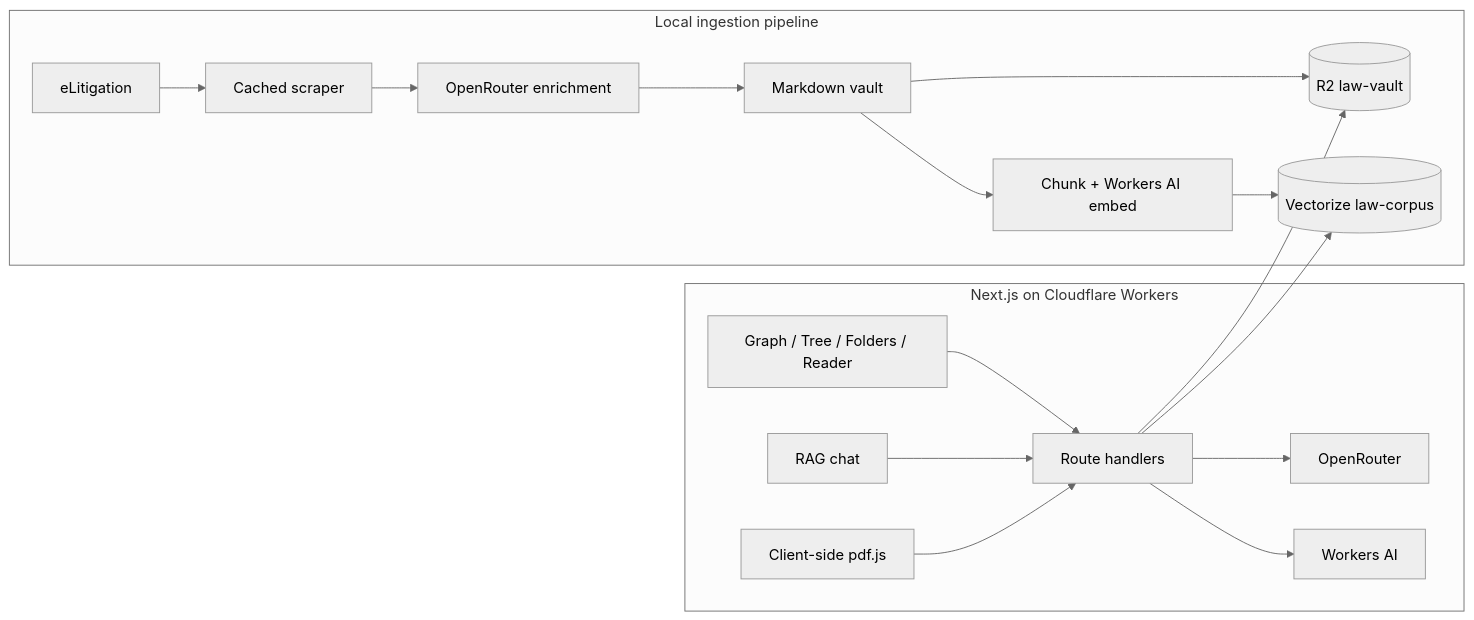
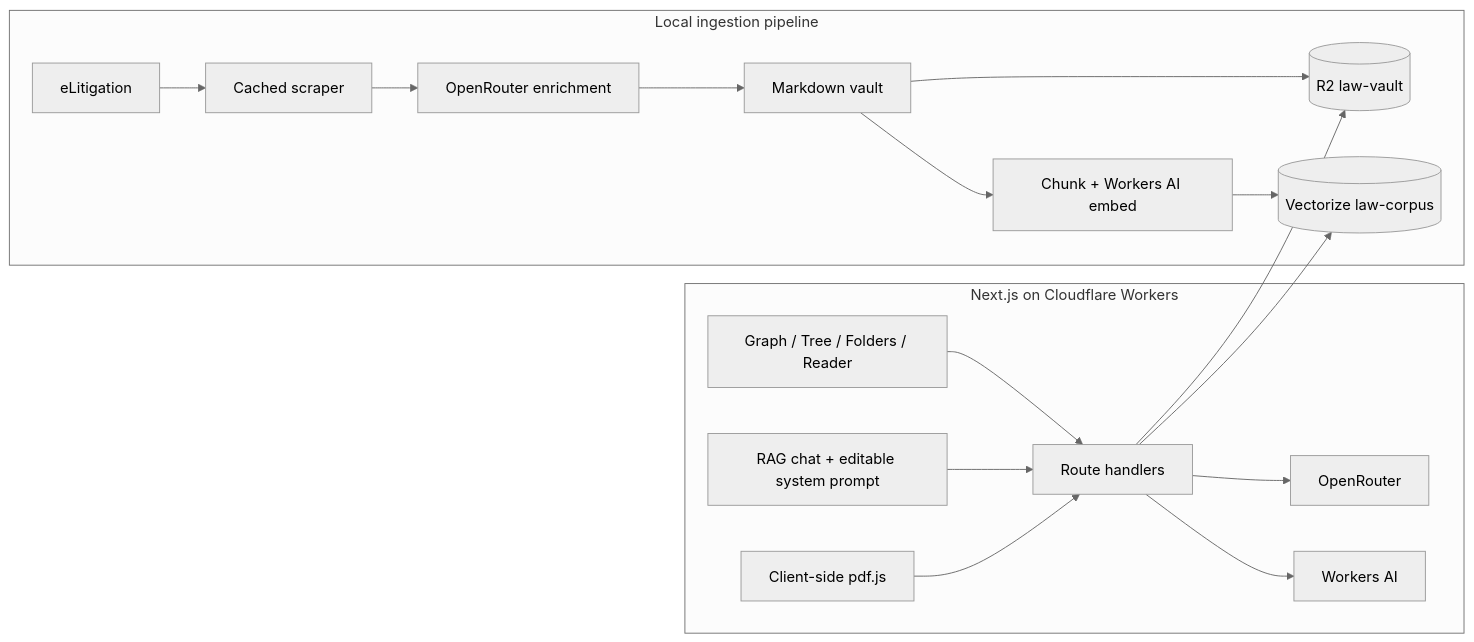
Before and after one commit to EdmundLimBoEn/ONE-AI-Hackathon: the diagram in README.md, drawn with Mermaid (neutral theme). The commit also changed other lines of this file and 28 other files, not shown here.

````diff
--- a/README.md
+++ b/README.md
@@ -20,20 +36,20 @@
 ```mermaid
 flowchart LR
   subgraph pipeline [Local ingestion pipeline]
     E[eLitigation] --> S[Cached scraper]
     S --> L[OpenRouter enrichment]
     L --> V[Markdown vault]
     V --> R2[(R2 law-vault)]
     V --> X[Chunk + Workers AI embed]
     X --> VX[(Vectorize law-corpus)]
   end
   subgraph worker [Next.js on Cloudflare Workers]
     UI[Graph / Tree / Folders / Reader] --> API[Route handlers]
-    CHAT[RAG chat] --> API
+    CHAT[RAG chat + editable system prompt] --> API
     PDF[Client-side pdf.js] --> API
     API --> R2
     API --> VX
     API --> OR[OpenRouter]
     API --> AI[Workers AI]
   end
 ```
````
